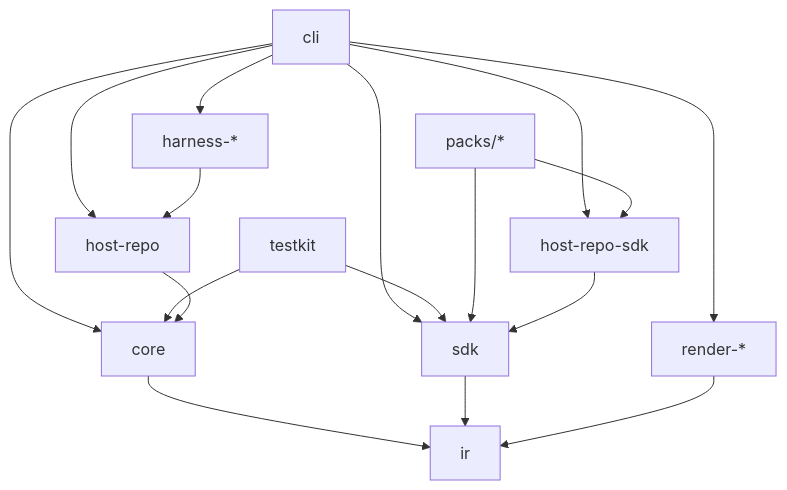
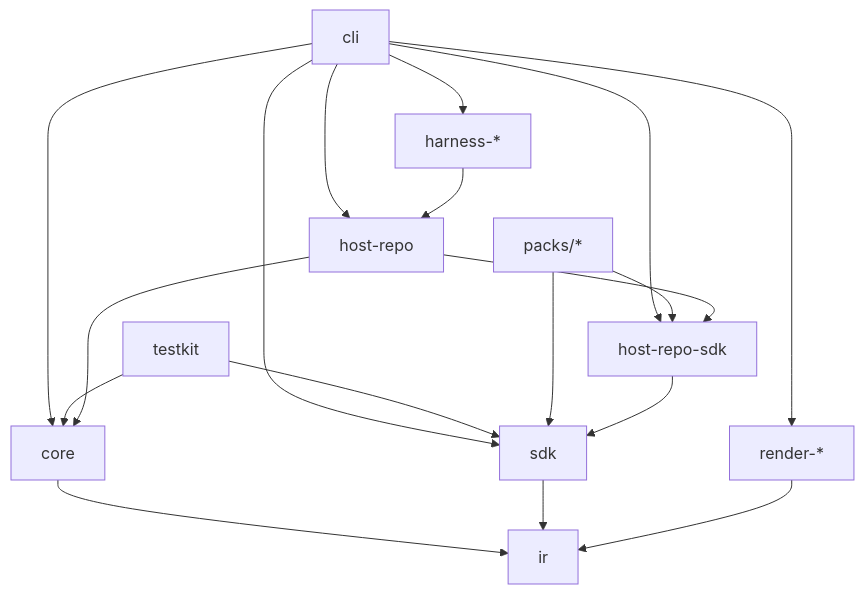
The second of 5 diagrams in docs/architecture.md (dvalnn/maestro), drawn with Mermaid before and after one commit. The commit also changed 14 other files, not shown here.

````diff
--- a/docs/architecture.md
+++ b/docs/architecture.md
@@ -77,19 +77,20 @@
 ```mermaid
 flowchart TD
   cli["cli"] --> core["core"]
   cli --> sdk["sdk"]
   cli --> rend["render-*"]
   cli --> host["host-repo"]
   cli --> hsdk["host-repo-sdk"]
   cli --> harness["harness-*"]
   testkit["testkit"] --> core
   testkit --> sdk
   packs["packs/*"] --> sdk
   packs --> hsdk
   harness --> host
   host --> core
+  host --> hsdk
   hsdk --> sdk
   core --> ir["ir"]
   sdk --> ir
   rend --> ir
 ```
````
